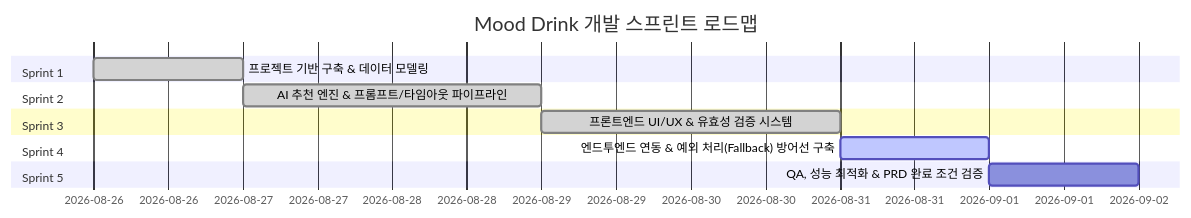
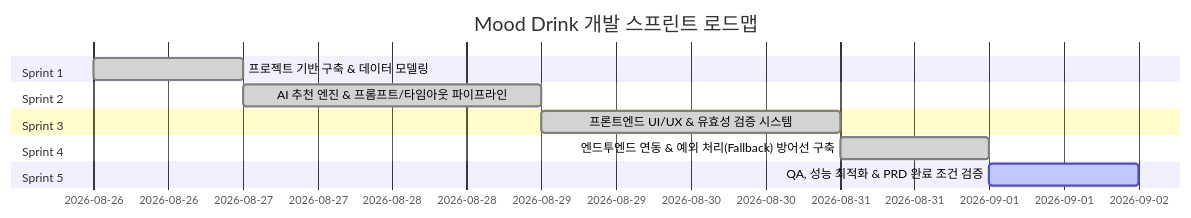
One commit to seodongheon/mood_drink changed the diagram in docs/DEVELOPMENT_PLAN.md. Above: the diagram before and after it, drawn with Mermaid. The commit also changed other lines of this file and 7 other files, not shown here.

````diff
--- a/docs/DEVELOPMENT_PLAN.md
+++ b/docs/DEVELOPMENT_PLAN.md
@@ -36,15 +36,15 @@
 ```mermaid
 gantt
     title Mood Drink 개발 스프린트 로드맵
     dateFormat  YYYY-MM-DD
     section Sprint 1
     프로젝트 기반 구축 & 데이터 모델링     :done, s1, 2026-08-26, 1d
     section Sprint 2
     AI 추천 엔진 & 프롬프트/타임아웃 파이프라인 :done, s2, after s1, 2d
     section Sprint 3
     프론트엔드 UI/UX & 유효성 검증 시스템    :done, s3, after s2, 2d
     section Sprint 4
-    엔드투엔드 연동 & 예외 처리(Fallback) 방어선 구축 :active, s4, after s3, 1d
+    엔드투엔드 연동 & 예외 처리(Fallback) 방어선 구축 :done, s4, after s3, 1d
     section Sprint 5
-    QA, 성능 최적화 & PRD 완료 조건 검증      :s5, after s4, 1d
+    QA, 성능 최적화 & PRD 완료 조건 검증      :active, s5, after s4, 1d
 ```
````
